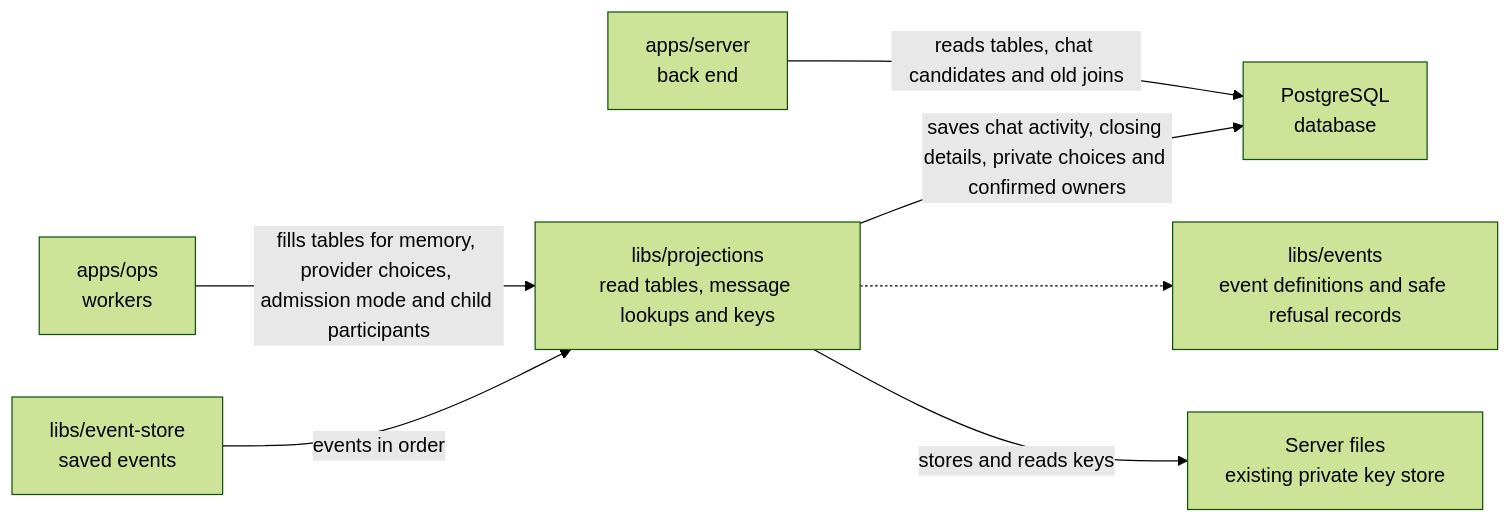
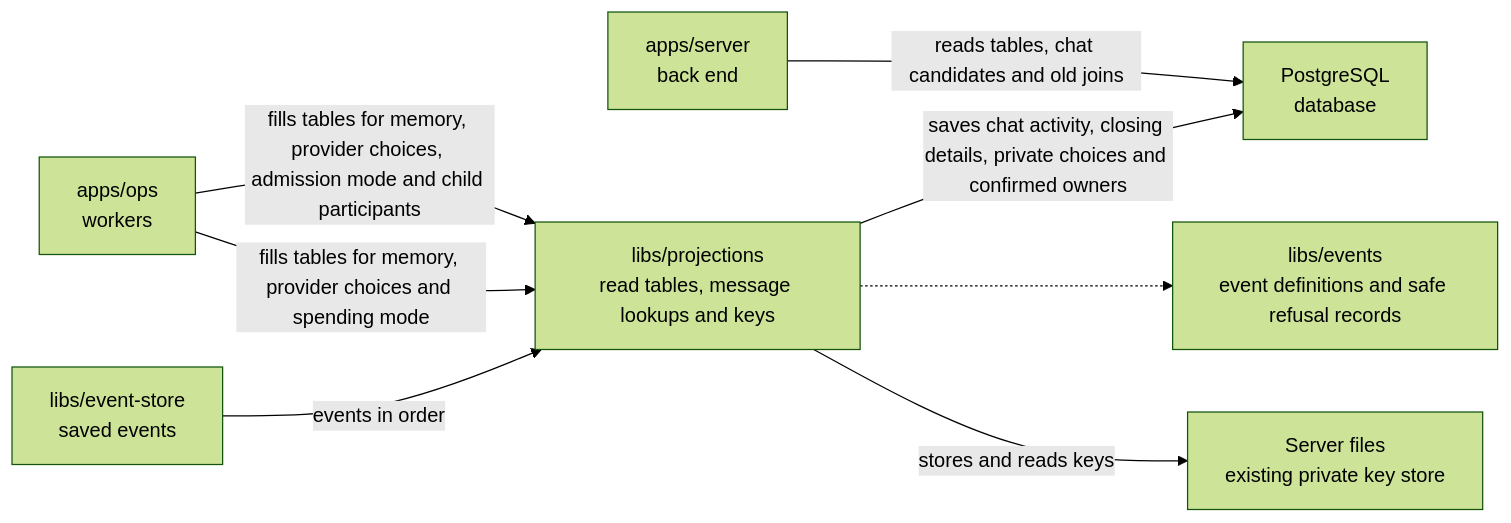
Before and after one commit to elewa-git/opencrane-new: the diagram in libs/projections/README.md, drawn with Mermaid (forest theme). The commit also changed other lines of this file and 16 other files, not shown here.

Commit message:
🔒 Check provider mode through the exact silo spending stream

````diff
--- a/libs/projections/README.md
+++ b/libs/projections/README.md
@@ -23,9 +23,10 @@
 ```mermaid
 flowchart LR
   ops["apps/ops<br/>workers"] -->|fills tables for memory, provider choices, admission mode and child participants| projections["libs/projections<br/>read tables, message lookups and keys"]
+  ops["apps/ops<br/>workers"] -->|fills tables for memory, provider choices and spending mode| projections["libs/projections<br/>read tables, message lookups and keys"]
   server["apps/server<br/>back end"] -->|reads tables, chat candidates and old joins| pg["PostgreSQL<br/>database"]
   projections -->|saves chat activity, closing details, private choices and confirmed owners| pg
   store["libs/event-store<br/>saved events"] -->|events in order| projections
   projections -.-> events["libs/events<br/>event definitions and safe refusal records"]
   projections -->|stores and reads keys| keys["Server files<br/>existing private key store"]
 ```
````
